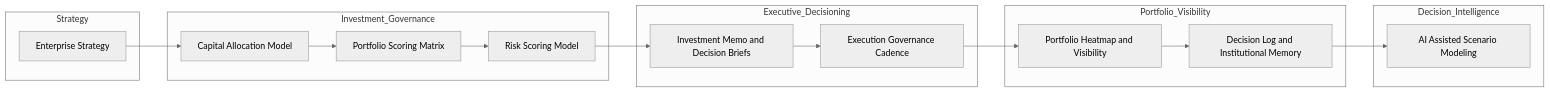
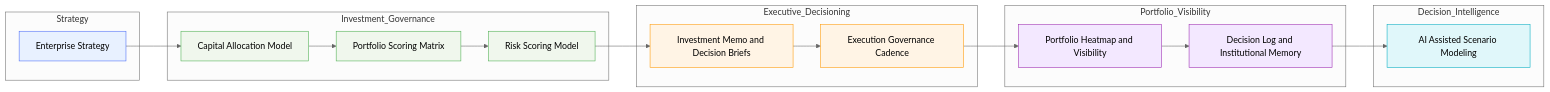
One commit to ChuckFerrando/enterprise-product-operating-model changed the diagram in README.md. Above: the diagram before and after it, drawn with Mermaid (neutral theme).

````diff
--- a/README.md
+++ b/README.md
@@ -67,36 +67,48 @@
 ```mermaid
 flowchart LR
 
 subgraph Strategy
     A[Enterprise Strategy]
 end
 
 subgraph Investment_Governance
     B[Capital Allocation Model]
     C[Portfolio Scoring Matrix]
     D[Risk Scoring Model]
 end
 
 subgraph Executive_Decisioning
     E[Investment Memo and Decision Briefs]
     F[Execution Governance Cadence]
 end
 
 subgraph Portfolio_Visibility
     G[Portfolio Heatmap and Visibility]
     H[Decision Log and Institutional Memory]
 end
 
 subgraph Decision_Intelligence
     I[AI Assisted Scenario Modeling]
 end
 
 A --> B
 B --> C
 C --> D
 D --> E
 E --> F
 F --> G
 G --> H
 H --> I
+
+classDef strategy fill:#E8F1FF,stroke:#4A6CF7,color:#000;
+classDef governance fill:#F0F7ED,stroke:#4CAF50,color:#000;
+classDef decisions fill:#FFF4E5,stroke:#FF9800,color:#000;
+classDef visibility fill:#F3E8FF,stroke:#9C27B0,color:#000;
+classDef intelligence fill:#E0F7FA,stroke:#00ACC1,color:#000;
+
+class A strategy
+class B,C,D governance
+class E,F decisions
+class G,H visibility
+class I intelligence
 ```
````
